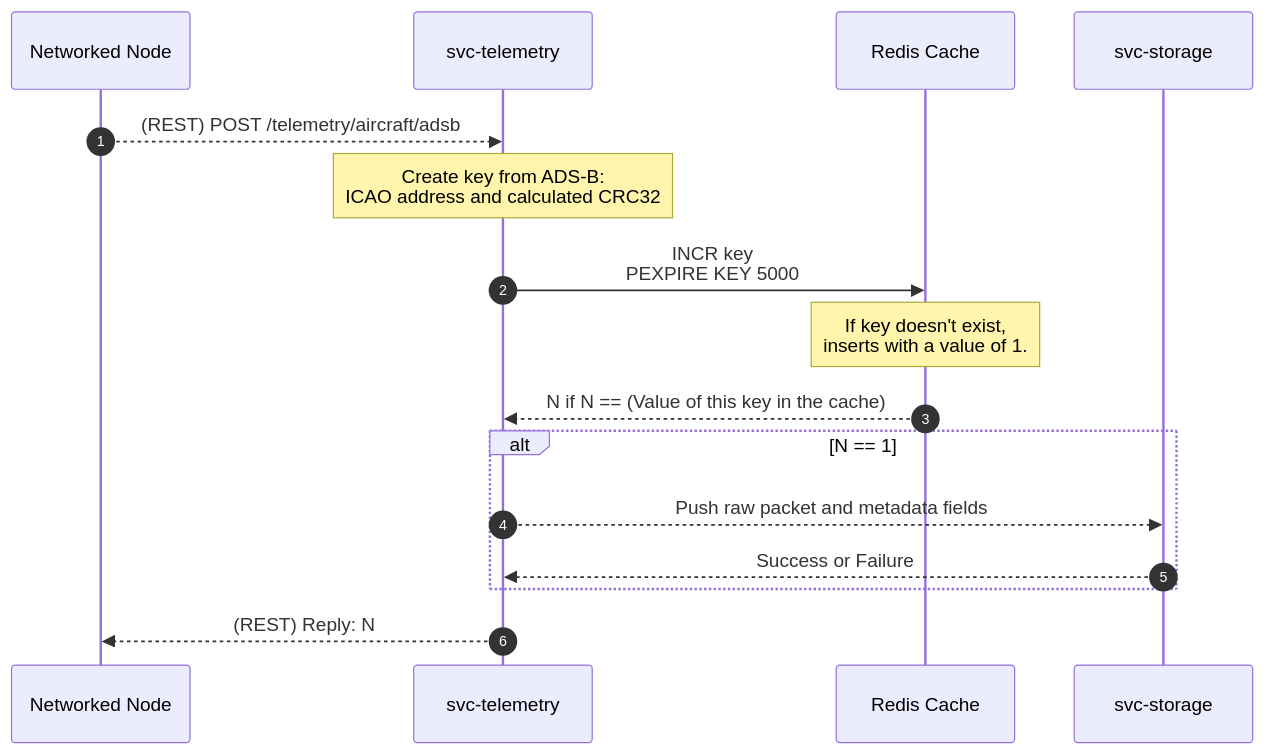
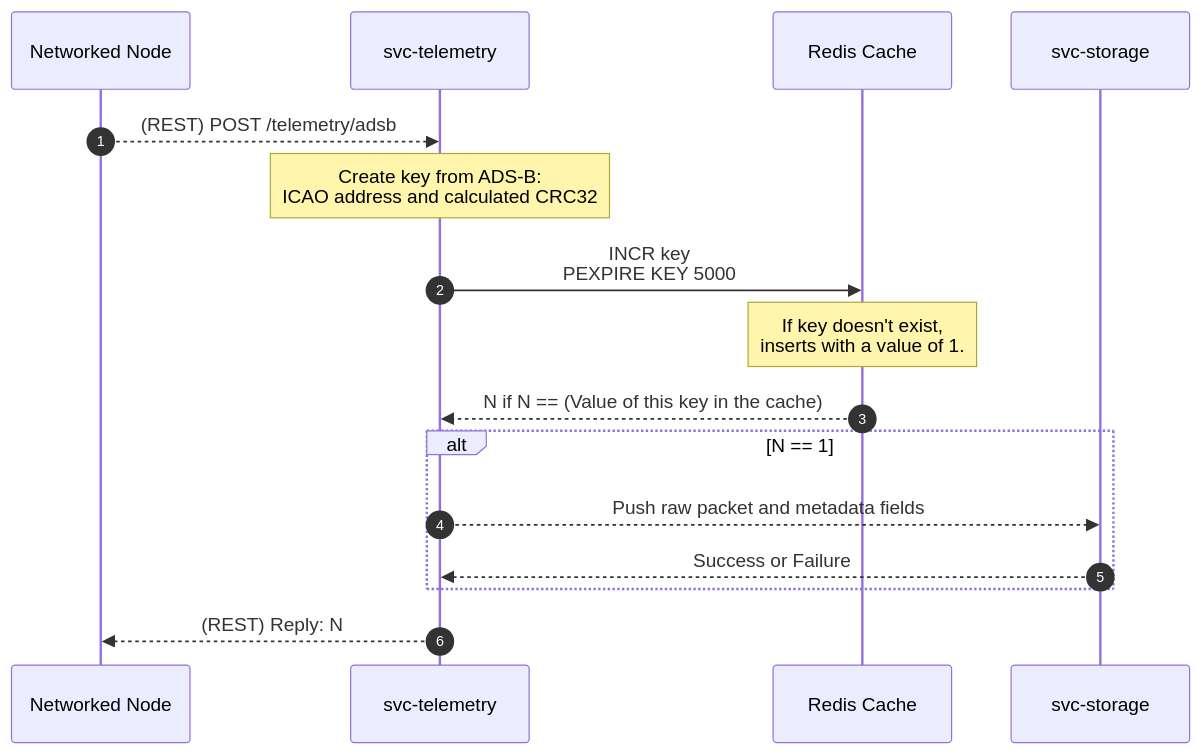
One commit to aetheric-oss/svc-telemetry changed the first of 2 diagrams in docs/sdd.md. Above: the diagram before and after it, drawn with Mermaid. The commit also changed 17 other files, not shown here.

````diff
--- a/docs/sdd.md
+++ b/docs/sdd.md
@@ -73,18 +73,18 @@
 ```mermaid
 sequenceDiagram
     autonumber
     participant client as Networked Node
     participant service as svc-telemetry
     participant redis as Redis Cache
     participant storage as svc-storage
-    client-->>service: (REST) POST /telemetry/aircraft/adsb
+    client-->>service: (REST) POST /telemetry/adsb
     Note over service: Create key from ADS-B:<br>ICAO address and calculated CRC32
     service->>redis: INCR key<br>PEXPIRE KEY 5000
     Note over redis: If key doesn't exist,<br>inserts with a value of 1.
     redis-->>service: N if N == (Value of this key in the cache)
     alt N == 1
         service-->>storage: Push raw packet and metadata fields
         storage-->>service: Success or Failure
     end
     service-->>client: (REST) Reply: N
 ```
````
